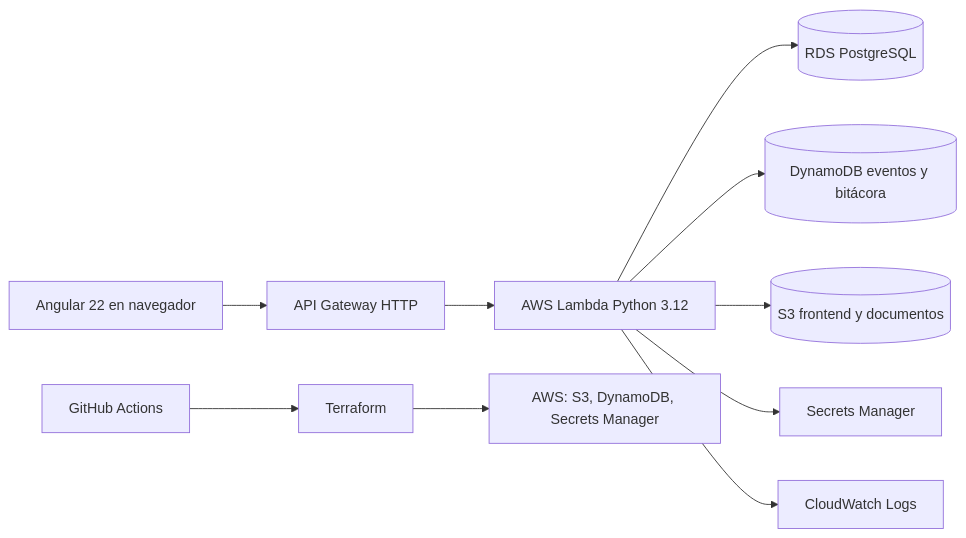
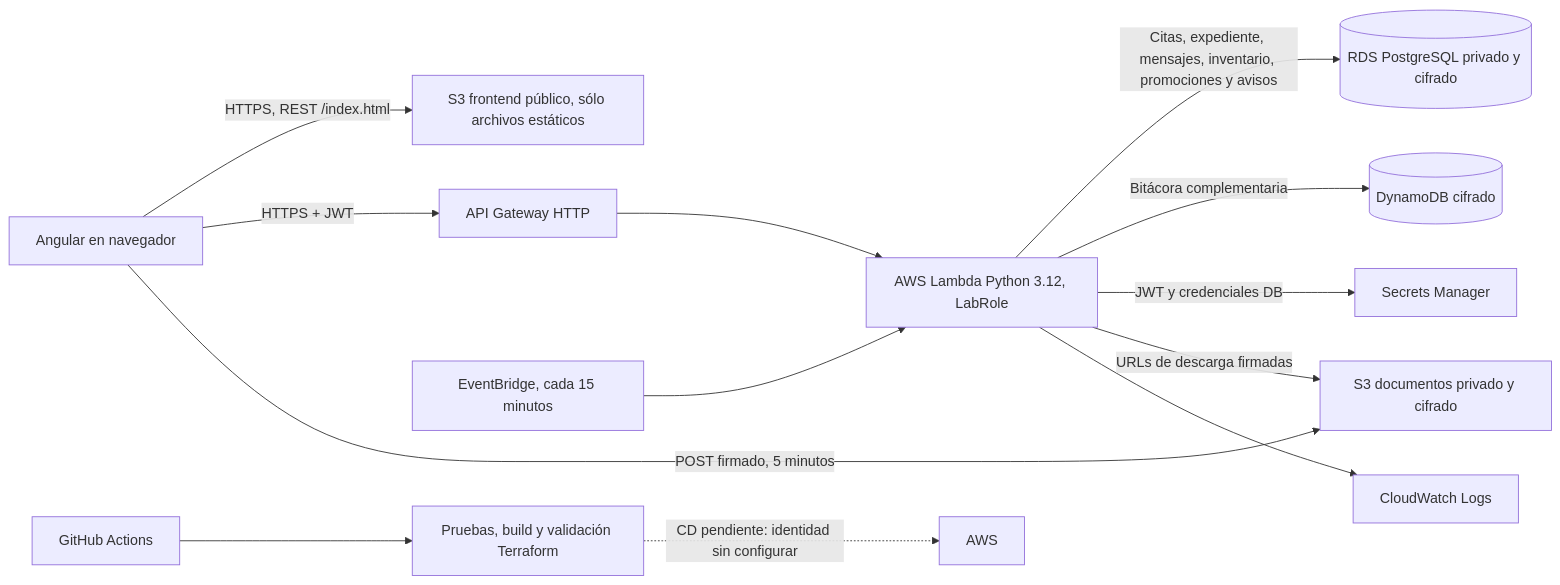
One commit to EmmanuelPulidoTinajero/MiDoc changed the diagram in docs/ARCHITECTURE.md. Above: the diagram before and after it, drawn with Mermaid. The commit also changed other lines of this file and 55 other files, not shown here.

Commit message:
feat: complete phase two flows and AWS validation

````diff
--- a/docs/ARCHITECTURE.md
+++ b/docs/ARCHITECTURE.md
@@ -3,12 +3,15 @@
 ```mermaid
 flowchart LR
-  Browser[Angular 22 en navegador] --> Gateway[API Gateway HTTP]
-  Gateway --> Lambda[AWS Lambda Python 3.12]
-  Lambda --> RDS[(RDS PostgreSQL)]
-  Lambda --> Dynamo[(DynamoDB eventos y bitácora)]
-  Lambda --> S3[(S3 frontend y documentos)]
-  Lambda --> Secrets[Secrets Manager]
-  Lambda --> Logs[CloudWatch Logs]
-  Actions[GitHub Actions] --> Terraform[Terraform]
-  Terraform --> AWS[AWS: S3, DynamoDB, Secrets Manager]
+  Browser[Angular en navegador] -->|HTTPS, REST /index.html| Front[S3 frontend público, sólo archivos estáticos]
+  Browser -->|HTTPS + JWT| API[API Gateway HTTP]
+  API --> Lambda[AWS Lambda Python 3.12, LabRole]
+  Lambda -->|Citas, expediente, mensajes, inventario, promociones y avisos| RDS[(RDS PostgreSQL privado y cifrado)]
+  Lambda -->|Bitácora complementaria| Dynamo[(DynamoDB cifrado)]
+  Lambda -->|JWT y credenciales DB| Secrets[Secrets Manager]
+  Browser -->|POST firmado, 5 minutos| Docs[S3 documentos privado y cifrado]
+  Lambda -->|URLs de descarga firmadas| Docs
+  EB[EventBridge, cada 15 minutos] --> Lambda
+  Lambda --> CW[CloudWatch Logs]
+  GH[GitHub Actions] --> CI[Pruebas, build y validación Terraform]
+  CI -. CD pendiente: identidad sin configurar .-> AWS[AWS]
 ```
````
